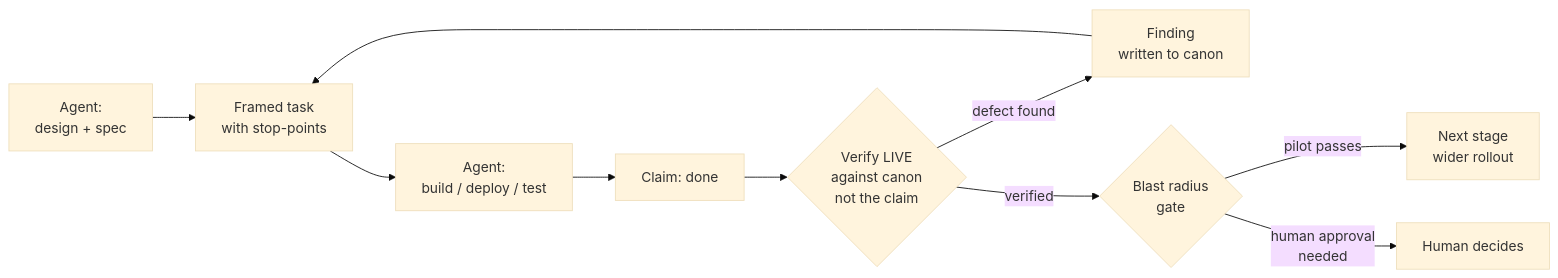
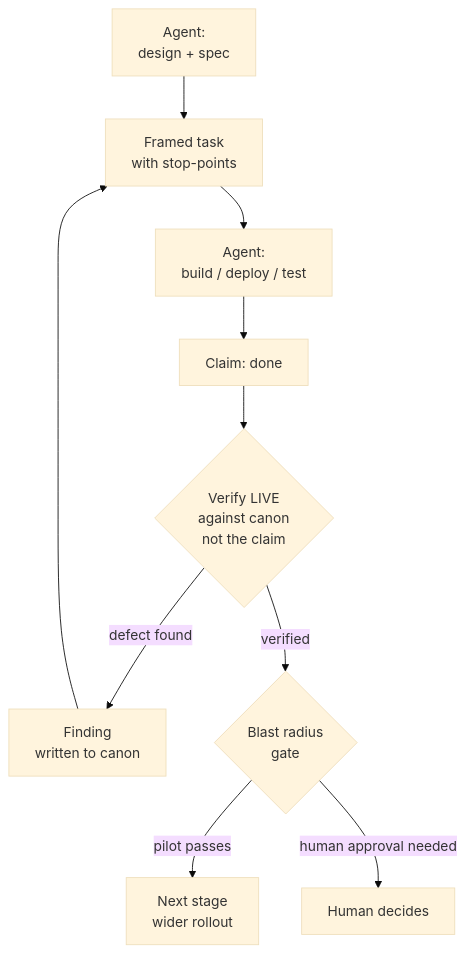
One commit to rm-w3kufe/state-canon-mcp changed the diagram in METHODOLOGY.md. Above: the diagram before and after it, drawn with Mermaid (base theme). The commit also changed 11 other files, not shown here.

First line of the commit message:
polish: fix mermaid render (vertical + <br/>), purge remaining State-RAG / two-agent language

````diff
--- a/METHODOLOGY.md
+++ b/METHODOLOGY.md
@@ -86,11 +86,12 @@
 ```mermaid
-flowchart LR
-    D[Agent:\ndesign + spec] --> F[Framed task\nwith stop-points]
-    F --> E[Agent:\nbuild / deploy / test]
-    E --> R[Claim: done]
-    R --> V{Verify LIVE\nagainst canon\nnot the claim}
-    V -- defect found --> C[Finding\nwritten to canon] --> F
-    V -- verified --> G{Blast radius\ngate}
-    G -- pilot passes --> N[Next stage\nwider rollout]
-    G -- human approval\nneeded --> H[Human decides]
+flowchart TD
+    D["Agent:<br/>design + spec"] --> F["Framed task<br/>with stop-points"]
+    F --> E["Agent:<br/>build / deploy / test"]
+    E --> R["Claim: done"]
+    R --> V{"Verify LIVE<br/>against canon<br/>not the claim"}
+    V -- defect found --> C["Finding<br/>written to canon"]
+    C --> F
+    V -- verified --> G{"Blast radius<br/>gate"}
+    G -- pilot passes --> N["Next stage<br/>wider rollout"]
+    G -- human approval needed --> H["Human decides"]
 ```
````
